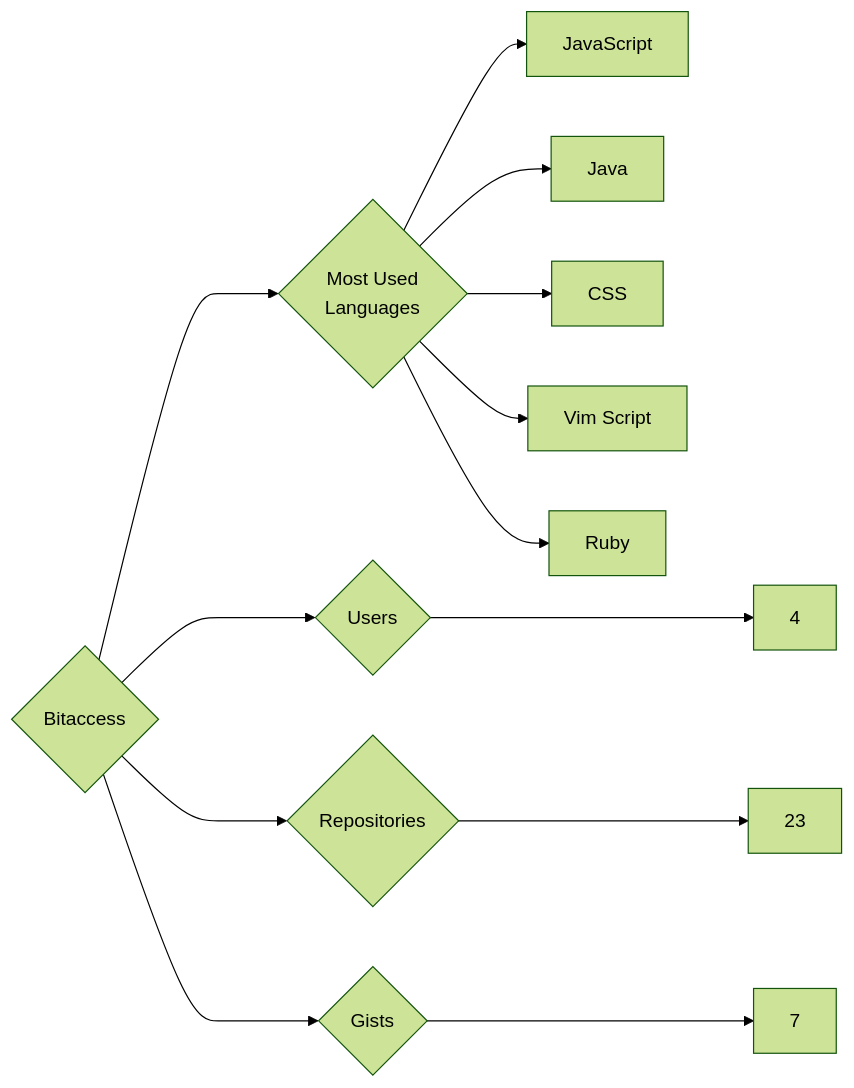
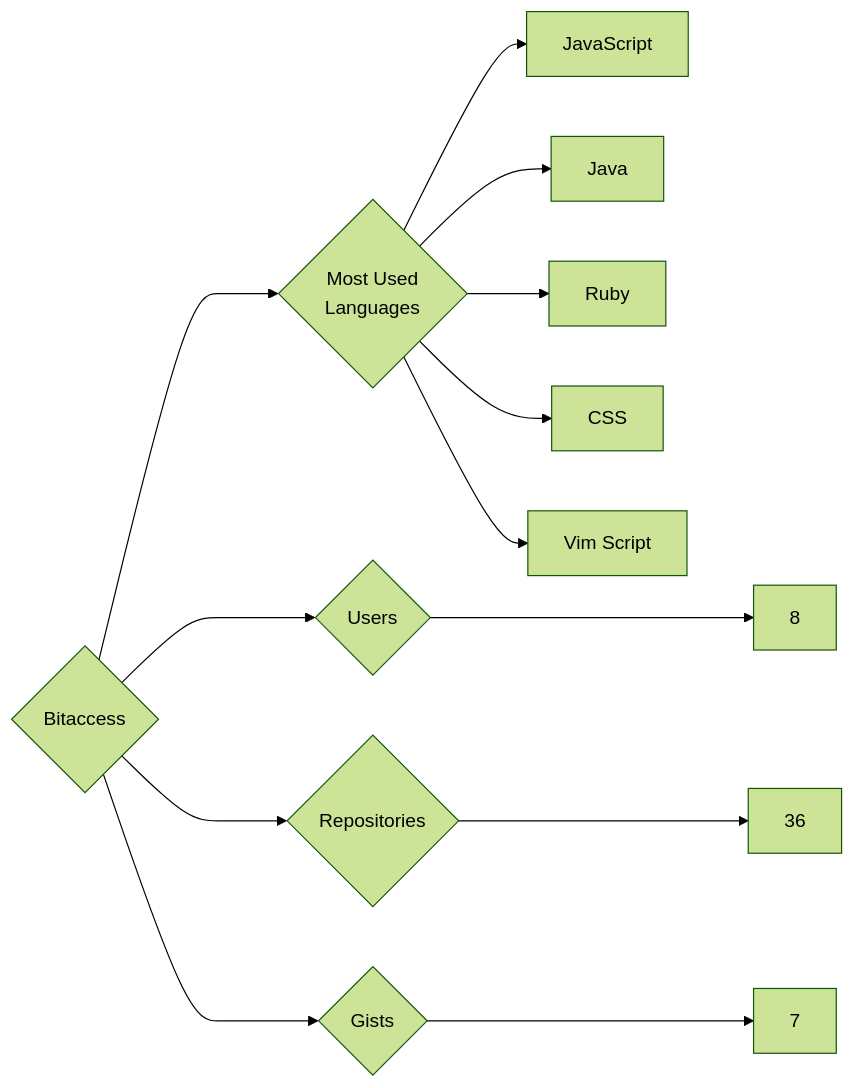
One commit to trickest/insiders changed the diagram in targets/Bitaccess/README.md. Above: the diagram before and after it, drawn with Mermaid (forest theme). The commit also changed 772 other files, not shown here.

````diff
--- a/targets/Bitaccess/README.md
+++ b/targets/Bitaccess/README.md
@@ -3,13 +3,13 @@
 ```mermaid
 graph LR
 COMPANY_NAME{Bitaccess}
-COMPANY_NAME ---> U{Users} ---> UN[4]
-COMPANY_NAME ---> R{Repositories} ---> RN[23]
+COMPANY_NAME ---> U{Users} ---> UN[8]
+COMPANY_NAME ---> R{Repositories} ---> RN[36]
 COMPANY_NAME ---> G{Gists} ---> GN[7]
 COMPANY_NAME ---> ML{Most Used<br>Languages}
 ML --> JavaScript[JavaScript]
 ML --> Java[Java]
+ML --> Ruby[Ruby]
 ML --> CSS[CSS]
 ML --> Vim_Script[Vim Script]
-ML --> Ruby[Ruby]
 ```
````
